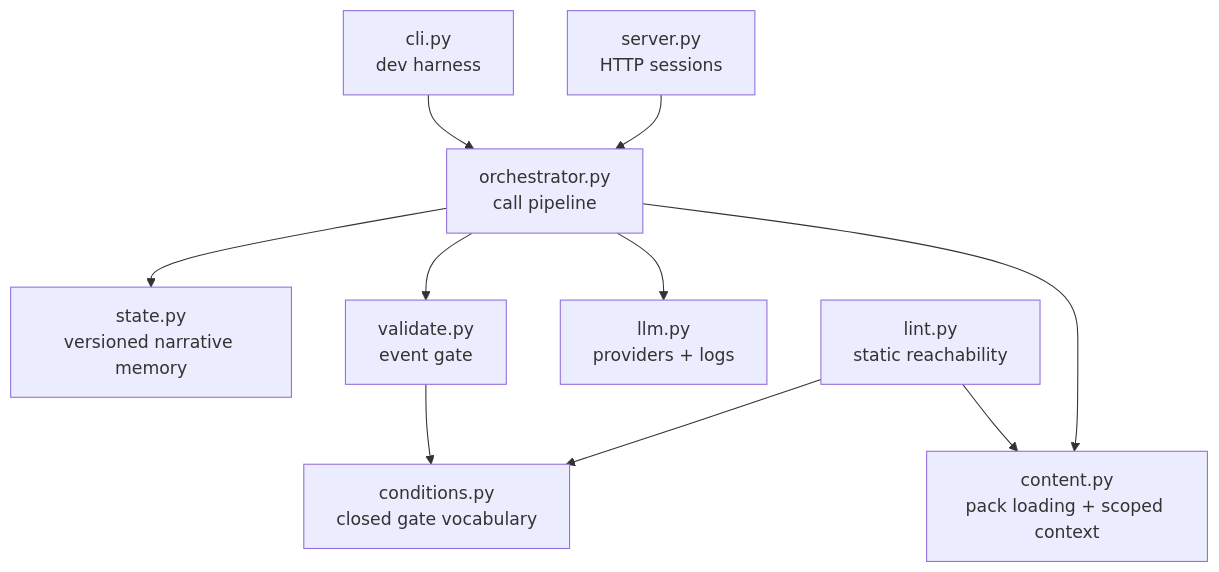
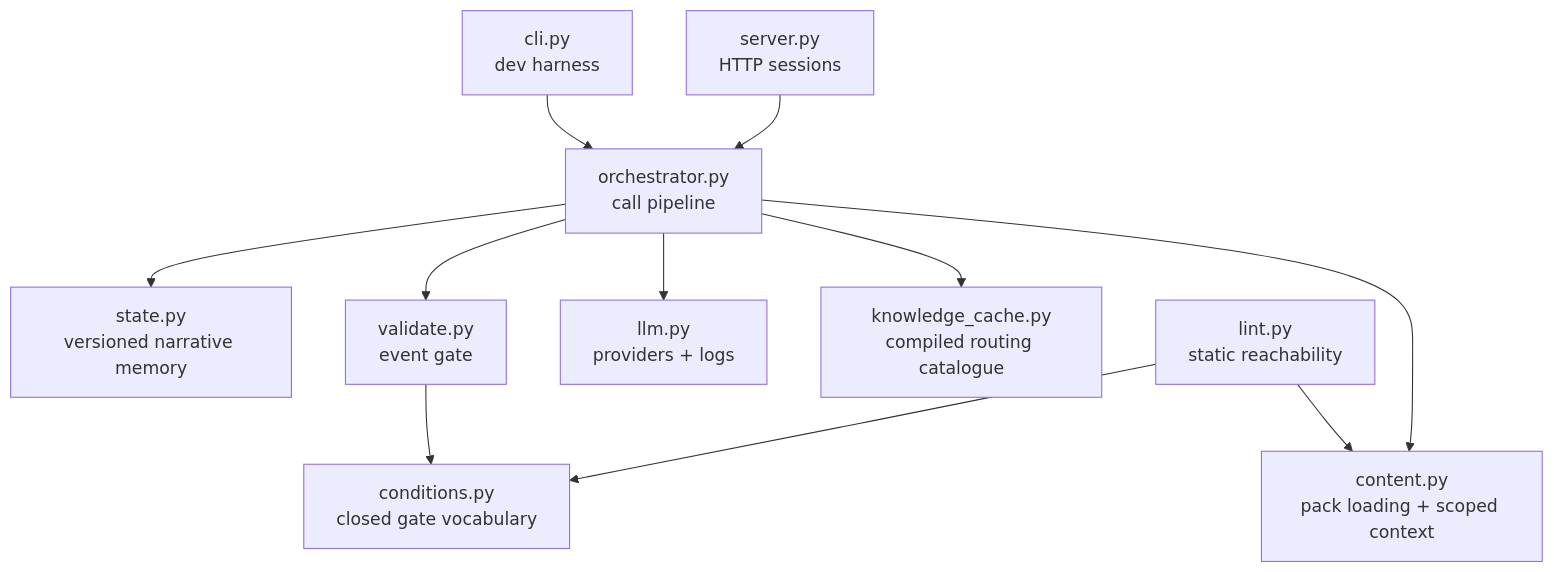
The first of 2 diagrams in docs/internals/architecture.md (Desagidit/darps), drawn with Mermaid before and after one commit. The commit also changed other lines of this file and 36 other files, not shown here.

Commit message:
Add narrator and semantic knowledge routing

````diff
--- a/docs/internals/architecture.md
+++ b/docs/internals/architecture.md
@@ -6,12 +6,13 @@
 ```mermaid
 flowchart TB
     Server["server.py\nHTTP sessions"] --> Orchestrator["orchestrator.py\ncall pipeline"]
     CLI["cli.py\ndev harness"] --> Orchestrator
     Orchestrator --> Content["content.py\npack loading + scoped context"]
+    Orchestrator --> KCache["knowledge_cache.py\ncompiled routing catalogue"]
     Orchestrator --> LLM["llm.py\nproviders + logs"]
     Orchestrator --> Validate["validate.py\nevent gate"]
     Validate --> Conditions["conditions.py\nclosed gate vocabulary"]
     Orchestrator --> State["state.py\nversioned narrative memory"]
     Lint["lint.py\nstatic reachability"] --> Content
     Lint --> Conditions
 ```
````
